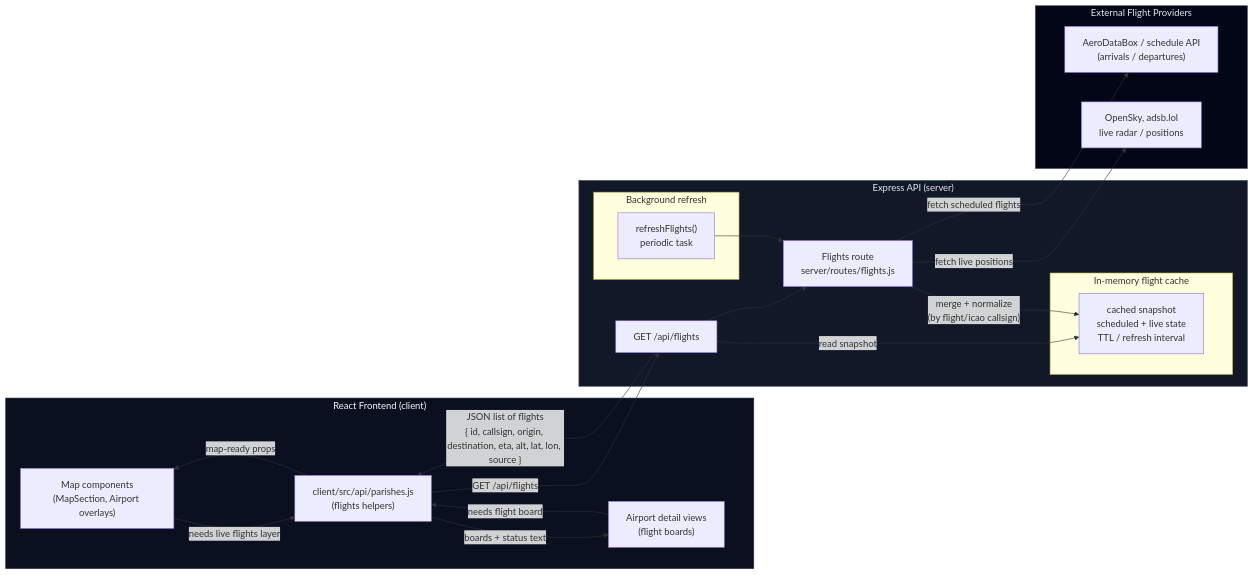
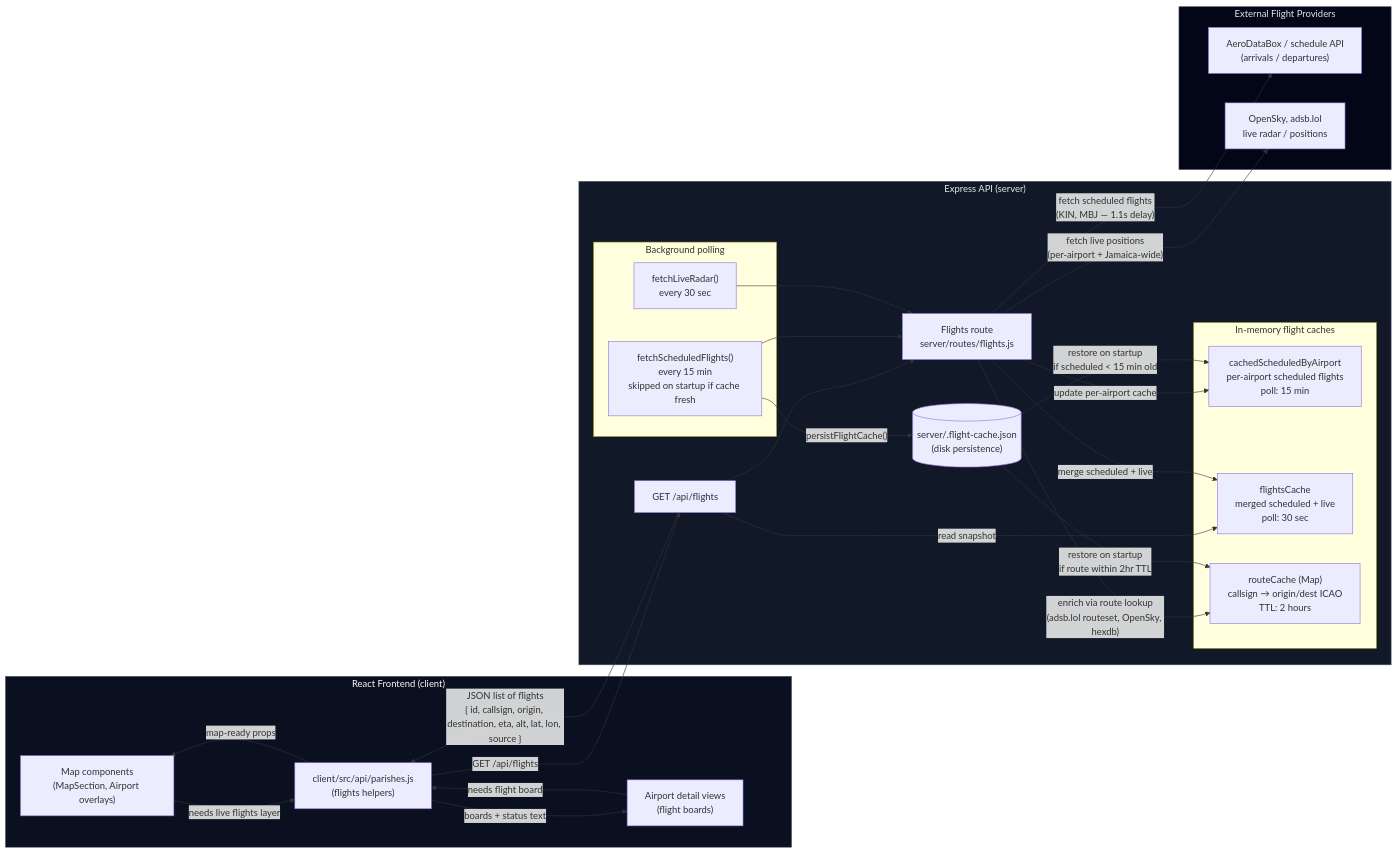
One commit to becomeonewiththecode/jamaica-parish-explorer changed the diagram in docs/FLIGHT-DATA-DIAGRAM.md. Above: the diagram before and after it, drawn with Mermaid. The commit also changed 2 other files, not shown here.

Commit message:
Update diagrams to reflect disk-persisted caches and wave provider separation
- Weather/waves diagram: add disk cache node, persist/restore flows, startup skip
- Flight diagram: split into scheduled/live/route caches, add disk persistence
- Status board diagram: add waveProviders to /api/health response

````diff
--- a/docs/FLIGHT-DATA-DIAGRAM.md
+++ b/docs/FLIGHT-DATA-DIAGRAM.md
@@ -5,58 +5,73 @@
 ```mermaid
 flowchart LR
   %% Frontend
   subgraph Frontend["React Frontend (client)"]
     Map["Map components<br/>(MapSection, Airport overlays)"]
     AirportViews["Airport detail views<br/>(flight boards)"]
     FlightsApiClient["client/src/api/parishes.js<br/>(flights helpers)"]
   end
 
   %% Backend
   subgraph Backend["Express API (server)"]
     FlightsRoute["Flights route<br/>server/routes/flights.js"]
     FlightsEndpoint["GET /api/flights"]
 
-    subgraph FlightCache["In-memory flight cache"]
-      FlightCacheStore["cached snapshot<br/>scheduled + live state<br/>TTL / refresh interval"]
+    subgraph FlightCache["In-memory flight caches"]
+      ScheduledCache["cachedScheduledByAirport<br/>per-airport scheduled flights<br/>poll: 15 min"]
+      LiveCache["flightsCache<br/>merged scheduled + live<br/>poll: 30 sec"]
+      RouteCache["routeCache (Map)<br/>callsign → origin/dest ICAO<br/>TTL: 2 hours"]
     end
 
-    subgraph FlightJobs["Background refresh"]
-      RefreshFlights["refreshFlights()<br/>periodic task"]
+    DiskCache[("server/.flight-cache.json<br/>(disk persistence)")]
+
+    subgraph FlightJobs["Background polling"]
+      ScheduledPoll["fetchScheduledFlights()<br/>every 15 min<br/>skipped on startup if cache fresh"]
+      LivePoll["fetchLiveRadar()<br/>every 30 sec"]
     end
   end
 
   %% External providers
   subgraph FlightProviders["External Flight Providers"]
     Sched["AeroDataBox / schedule API<br/>(arrivals / departures)"]
     Radar["OpenSky, adsb.lol<br/>live radar / positions"]
   end
 
   %% Frontend calls backend
   Map -->|"needs live flights layer"| FlightsApiClient
   AirportViews -->|"needs flight board"| FlightsApiClient
   FlightsApiClient -->|"GET /api/flights"| FlightsEndpoint
 
   %% Endpoint uses cache
-  FlightsEndpoint -->|"read snapshot"| FlightCacheStore
+  FlightsEndpoint -->|"read snapshot"| LiveCache
   FlightsEndpoint --> FlightsRoute
 
-  %% Background refresh populates cache
-  RefreshFlights --> FlightsRoute
-  FlightsRoute -->|"fetch scheduled flights"| Sched
-  FlightsRoute -->|"fetch live positions"| Radar
-  FlightsRoute -->|"merge + normalize<br/>(by flight/icao callsign)"| FlightCacheStore
+  %% Scheduled poll fetches from AeroDataBox (paid API)
+  ScheduledPoll --> FlightsRoute
+  FlightsRoute -->|"fetch scheduled flights<br/>(KIN, MBJ — 1.1s delay)"| Sched
+  FlightsRoute -->|"update per-airport cache"| ScheduledCache
+
+  %% Live poll fetches from free radar APIs
+  LivePoll --> FlightsRoute
+  FlightsRoute -->|"fetch live positions<br/>(per-airport + Jamaica-wide)"| Radar
+  FlightsRoute -->|"enrich via route lookup<br/>(adsb.lol routeset, OpenSky, hexdb)"| RouteCache
+  FlightsRoute -->|"merge scheduled + live"| LiveCache
+
+  %% Disk persistence: scheduled + routes written after each scheduled fetch and every 5 min
+  ScheduledPoll -->|"persistFlightCache()"| DiskCache
+  DiskCache -->|"restore on startup<br/>if scheduled &lt; 15 min old"| ScheduledCache
+  DiskCache -->|"restore on startup<br/>if route within 2hr TTL"| RouteCache
 
   %% Data back to frontend
   FlightsEndpoint -->|"JSON list of flights<br/>{ id, callsign, origin, destination, eta, alt, lat, lon, source }"| FlightsApiClient
   FlightsApiClient -->|"map-ready props"| Map
   FlightsApiClient -->|"boards + status text"| AirportViews
 
   %% Legend
   classDef frontend fill:#0b1020,stroke:#1f2937,color:#f9fafb;
   classDef backend fill:#111827,stroke:#4b5563,color:#e5e7eb;
   classDef external fill:#020617,stroke:#4b5563,color:#e5e7eb;
 
   class Frontend frontend;
   class Backend backend;
   class FlightProviders external;
 ```
````
